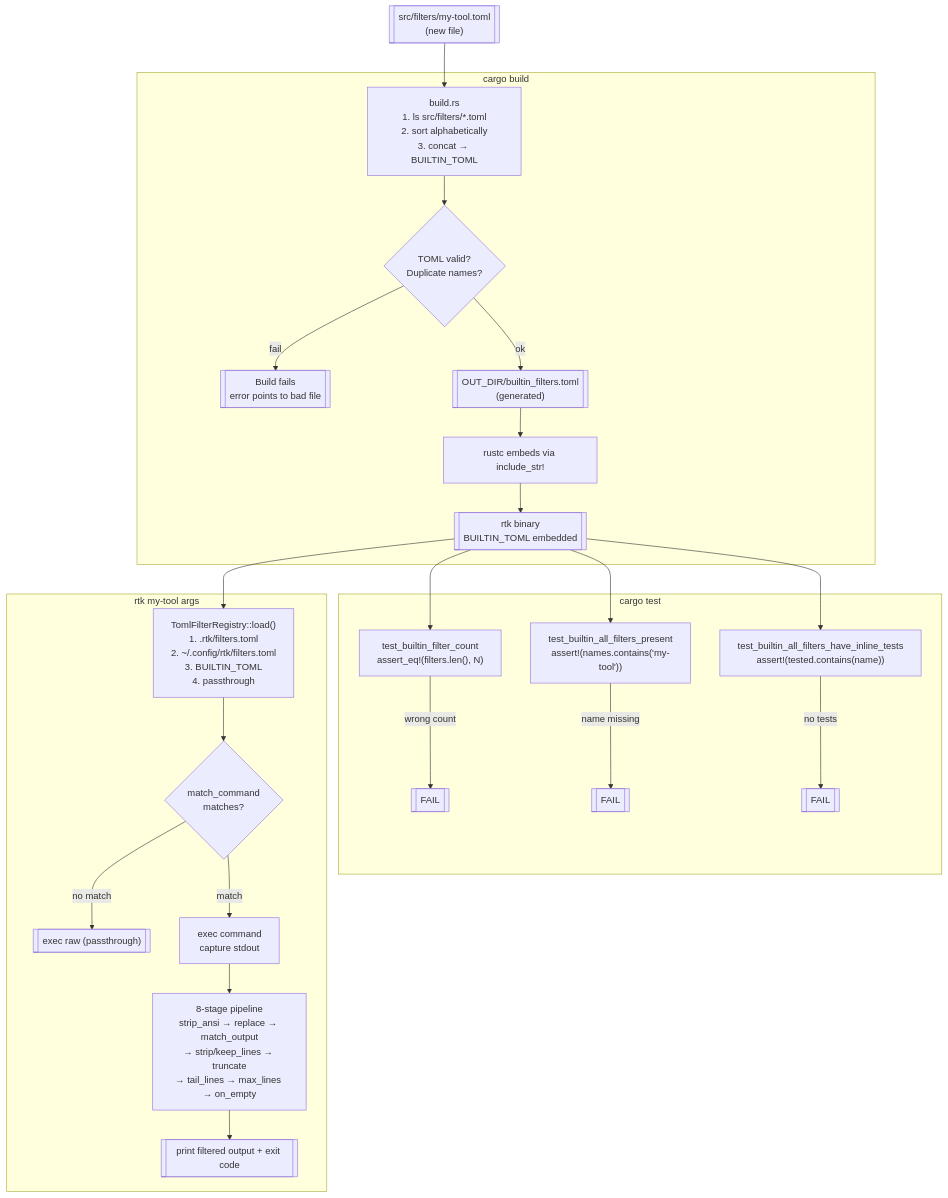
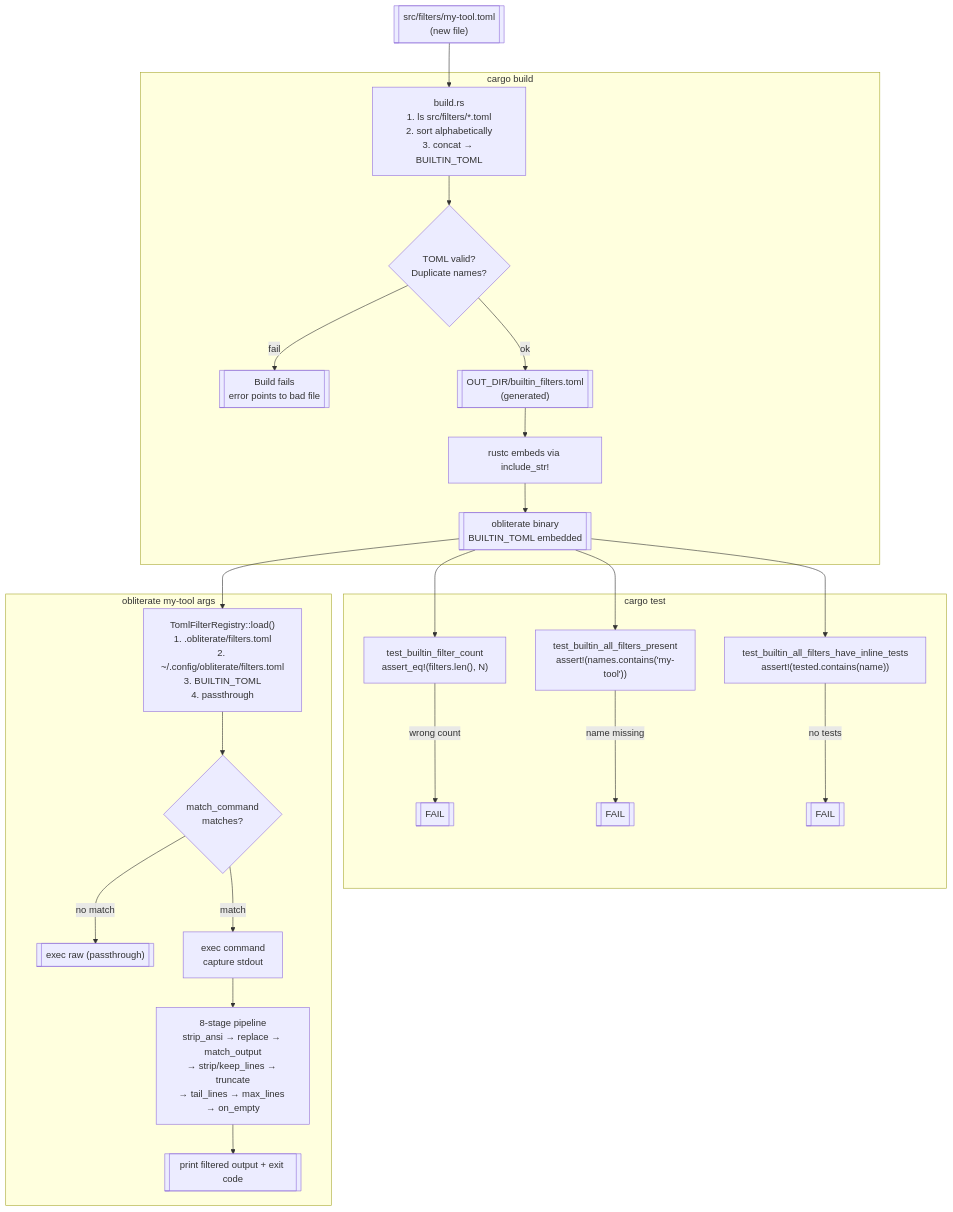
The first of 2 diagrams in src/filters/README.md (Palash144/obliterate), drawn with Mermaid before and after one commit. The commit also changed other lines of this file and 117 other files, not shown here.

````diff
--- a/src/filters/README.md
+++ b/src/filters/README.md
@@ -73,28 +73,28 @@
 ```mermaid
 flowchart TD
     A[["src/filters/my-tool.toml\n(new file)"]] --> B
 
     subgraph BUILD ["cargo build"]
         B["build.rs\n1. ls src/filters/*.toml\n2. sort alphabetically\n3. concat → BUILTIN_TOML"] --> C
         C{"TOML valid?\nDuplicate names?"} -->|"fail"| D[["Build fails\nerror points to bad file"]]
         C -->|"ok"| E[["OUT_DIR/builtin_filters.toml\n(generated)"]]
         E --> F["rustc embeds via include_str!"]
-        F --> G[["rtk binary\nBUILTIN_TOML embedded"]]
+        F --> G[["obliterate binary\nBUILTIN_TOML embedded"]]
     end
 
     subgraph TESTS ["cargo test"]
         H["test_builtin_filter_count\nassert_eq!(filters.len(), N)"] -->|"wrong count"| I[["FAIL"]]
         J["test_builtin_all_filters_present\nassert!(names.contains('my-tool'))"] -->|"name missing"| K[["FAIL"]]
         L["test_builtin_all_filters_have_inline_tests\nassert!(tested.contains(name))"] -->|"no tests"| M[["FAIL"]]
     end
 
-    subgraph RUNTIME ["rtk my-tool args"]
-        R["TomlFilterRegistry::load()\n1. .rtk/filters.toml\n2. ~/.config/rtk/filters.toml\n3. BUILTIN_TOML\n4. passthrough"] --> S
+    subgraph RUNTIME ["obliterate my-tool args"]
+        R["TomlFilterRegistry::load()\n1. .obliterate/filters.toml\n2. ~/.config/obliterate/filters.toml\n3. BUILTIN_TOML\n4. passthrough"] --> S
         S{"match_command\nmatches?"} -->|"no match"| T[["exec raw (passthrough)"]]
         S -->|"match"| U["exec command\ncapture stdout"]
         U --> V["8-stage pipeline\nstrip_ansi → replace → match_output\n→ strip/keep_lines → truncate\n→ tail_lines → max_lines → on_empty"]
         V --> W[["print filtered output + exit code"]]
     end
 
     G --> H & J & L & R
 ```
````
